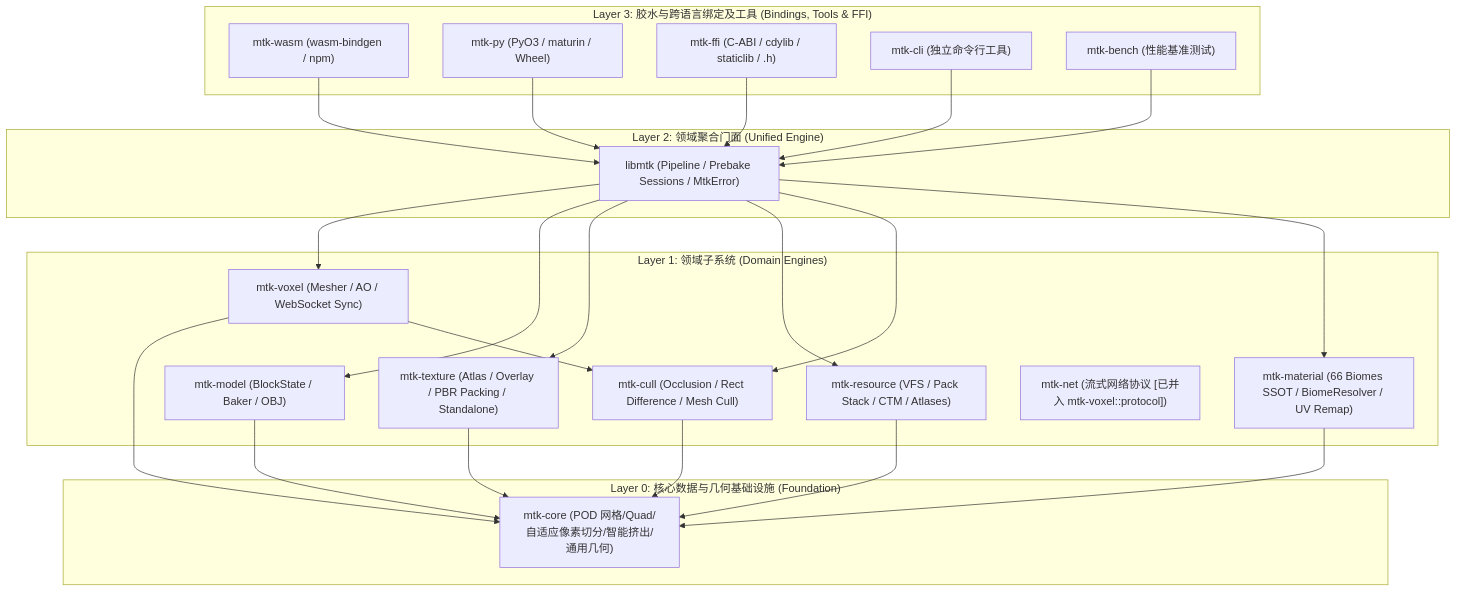
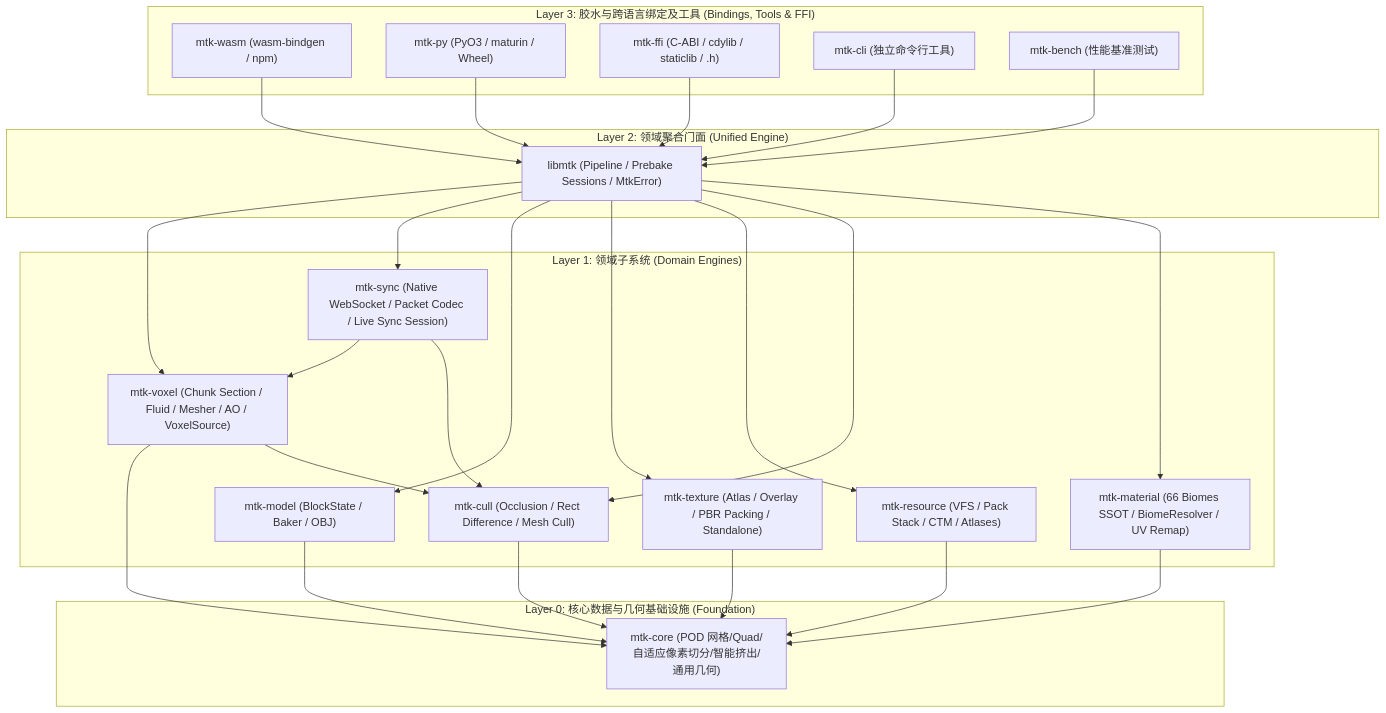
One commit to mozi1924/libmozitoolkit changed the diagram in docs/ARCHITECTURE.md. Above: the diagram before and after it, drawn with Mermaid. The commit also changed other lines of this file and 29 other files, not shown here.

First line of the commit message:
refactor(voxel,sync): decouple network sync into mtk-sync and introduce VoxelSource abstractions

````diff
--- a/docs/ARCHITECTURE.md
+++ b/docs/ARCHITECTURE.md
@@ -18,49 +18,52 @@
 ```mermaid
 graph TD
     subgraph Layer3_Bindings["Layer 3: 胶水与跨语言绑定及工具 (Bindings, Tools & FFI)"]
         WASM["mtk-wasm (wasm-bindgen / npm)"]
         PY["mtk-py (PyO3 / maturin / Wheel)"]
         FFI["mtk-ffi (C-ABI / cdylib / staticlib / .h)"]
         CLI["mtk-cli (独立命令行工具)"]
         BENCH["mtk-bench (性能基准测试)"]
     end
 
     subgraph Layer2_Facade["Layer 2: 领域聚合门面 (Unified Engine)"]
         LIBMTK["libmtk (Pipeline / Prebake Sessions / MtkError)"]
     end
 
     subgraph Layer1_Domain["Layer 1: 领域子系统 (Domain Engines)"]
-        VOXEL["mtk-voxel (Mesher / AO / WebSocket Sync)"]
+        VOXEL["mtk-voxel (Chunk Section / Fluid / Mesher / AO / VoxelSource)"]
+        SYNC["mtk-sync (Native WebSocket / Packet Codec / Live Sync Session)"]
         MODEL["mtk-model (BlockState / Baker / OBJ)"]
         TEXTURE["mtk-texture (Atlas / Overlay / PBR Packing / Standalone)"]
         RESOURCE["mtk-resource (VFS / Pack Stack / CTM / Atlases)"]
         CULL["mtk-cull (Occlusion / Rect Difference / Mesh Cull)"]
         MAT["mtk-material (66 Biomes SSOT / BiomeResolver / UV Remap)"]
-        NET["mtk-net (流式网络协议 [已并入 mtk-voxel::protocol])"]
     end
 
     subgraph Layer0_Core["Layer 0: 核心数据与几何基础设施 (Foundation)"]
         CORE["mtk-core (POD 网格/Quad/自适应像素切分/智能挤出/通用几何)"]
     end
 
     WASM --> LIBMTK
     PY --> LIBMTK
     FFI --> LIBMTK
     CLI --> LIBMTK
     BENCH --> LIBMTK
 
     LIBMTK --> VOXEL
+    LIBMTK --> SYNC
     LIBMTK --> MODEL
     LIBMTK --> TEXTURE
     LIBMTK --> RESOURCE
     LIBMTK --> CULL
     LIBMTK --> MAT
 
+    SYNC --> VOXEL
+    SYNC --> CULL
     VOXEL --> CORE
     VOXEL --> CULL
     MODEL --> CORE
     TEXTURE --> CORE
     RESOURCE --> CORE
     CULL --> CORE
     MAT --> CORE
 ```
````
